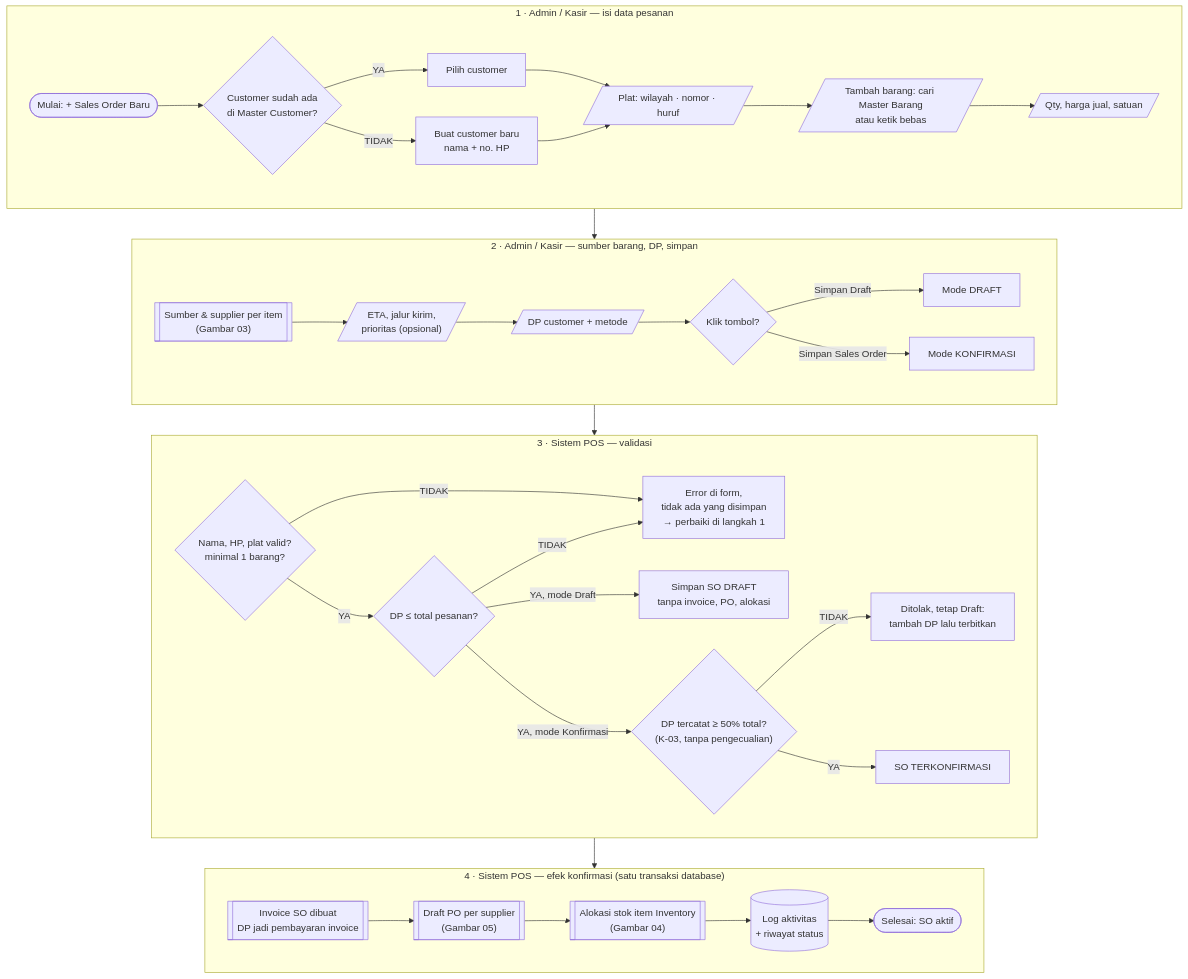
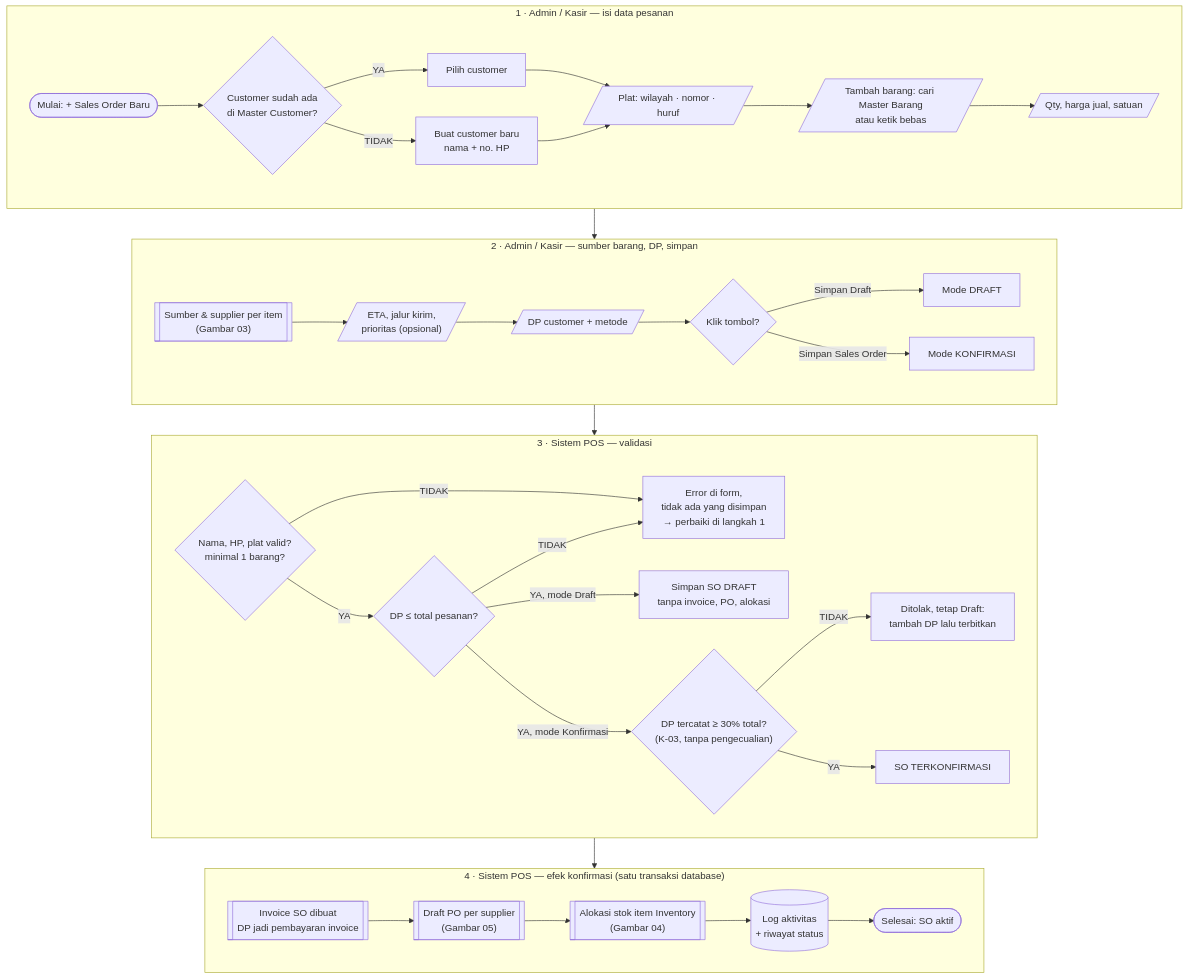
Before and after one commit to XHYPEX/Projects: the diagram in WebScrapePlastik/docs/flowchart/diagrams/02-pembuatan-sales-order.mmd, drawn with Mermaid. The commit also changed 34 other files, not shown here.

```diff
--- a/WebScrapePlastik/docs/flowchart/diagrams/02-pembuatan-sales-order.mmd
+++ b/WebScrapePlastik/docs/flowchart/diagrams/02-pembuatan-sales-order.mmd
@@ -1,42 +1,42 @@
 %% Gambar: 02
 %% Judul: Pembuatan Sales Order Customer
 %% Modul: Sales Order (menu lama: Preorder)
 %% Tujuan: Mencatat pesanan inden / booking customer dengan DP, sebelum barang diserahkan.
 %% Dimulai dari: Admin membuka menu Sales Order lalu klik + Sales Order Baru.
 %% Proses Utama: Pilih customer → plat → barang, qty, harga → sumber & supplier per item → DP → Simpan Draft atau Konfirmasi.
 %% Hasil: SO Draft (belum mengikat apa pun) atau SO Terkonfirmasi (invoice SO dibuat, draft PO dibuat, alokasi stok diminta).
-%% Warning: Nominal DP yang diketik belum dianggap uang masuk sampai pembayaran tercatat. SO baru boleh diterbitkan bila DP ≥ 50% total (dibulatkan ke atas); draft boleh tanpa DP. Tombol Simpan dikunci saat proses berjalan.
+%% Warning: Nominal DP yang diketik belum dianggap uang masuk sampai pembayaran tercatat. SO baru boleh diterbitkan bila DP ≥ 30% total (dibulatkan ke atas); draft boleh tanpa DP. Tombol Simpan dikunci saat proses berjalan.
 %% Modul Terkait: Master Customer, Master Barang, Purchase Order, Kasir/Invoice, Stok.
 %% Catatan Programmer: Konfirmasi SO harus satu transaksi database: invoice SO, draft PO, dan alokasi dibuat bersama atau tidak sama sekali.
-%% Status Implementasi: Sudah ada: draft/terbit, plat 3 kotak, DP awal, invoice SO otomatis, draft PO otomatis, supplier di header SO. Belum ada: sumber pemenuhan per item, supplier per item, (K-03 sudah: terbit hanya jika DP ≥ 50% total, tanpa pengecualian; alokasi stok K-02 sudah).
+%% Status Implementasi: Sudah ada: draft/terbit, plat 3 kotak, DP awal, invoice SO otomatis, draft PO otomatis, sumber per barang (Pesan Supplier / Stok Tersedia / Manual-Jasa) dan supplier tujuan per barang (K-04/K-05), preview & review draft PO sebelum terbit, K-03 (terbit hanya jika DP ≥ 30% total, tanpa pengecualian), alokasi stok K-02.
 flowchart TB
   subgraph T1["1 · Admin / Kasir — isi data pesanan"]
     direction LR
     S(["Mulai: + Sales Order Baru"]):::aksi --> C1{"Customer sudah ada<br/>di Master Customer?"}:::cek
     C1 -->|YA| C2["Pilih customer"]:::aksi
     C1 -->|TIDAK| C3["Buat customer baru<br/>nama + no. HP"]:::aksi
     C2 --> P1[/"Plat: wilayah · nomor · huruf"/]:::aksi
     C3 --> P1
     P1 --> I1[/"Tambah barang: cari Master Barang<br/>atau ketik bebas"/]:::aksi --> I2[/"Qty, harga jual, satuan"/]:::aksi
   end
   subgraph T2["2 · Admin / Kasir — sumber barang, DP, simpan"]
     direction LR
     I3[["Sumber & supplier per item<br/>(Gambar 03)"]]:::sub --> E1[/"ETA, jalur kirim,<br/>prioritas (opsional)"/]:::aksi --> D1[/"DP customer + metode"/]:::aksi --> CH{"Klik tombol?"}:::cek
     CH -->|"Simpan Draft"| K1["Mode DRAFT"]:::tunggu
     CH -->|"Simpan Sales Order"| K2["Mode KONFIRMASI"]:::aksi
   end
   subgraph T3["3 · Sistem POS — validasi"]
     direction LR
     V1{"Nama, HP, plat valid?<br/>minimal 1 barang?"}:::cek -->|YA| V2{"DP ≤ total pesanan?"}:::cek
     V1 -->|TIDAK| ER["Error di form,<br/>tidak ada yang disimpan<br/>→ perbaiki di langkah 1"]:::err
     V2 -->|TIDAK| ER
     V2 -->|"YA, mode Draft"| DR["Simpan SO DRAFT<br/>tanpa invoice, PO, alokasi"]:::tunggu
-    V2 -->|"YA, mode Konfirmasi"| V3{"DP tercatat ≥ 50% total?<br/>(K-03, tanpa pengecualian)"}:::cek
+    V2 -->|"YA, mode Konfirmasi"| V3{"DP tercatat ≥ 30% total?<br/>(K-03, tanpa pengecualian)"}:::cek
     V3 -->|TIDAK| WD["Ditolak, tetap Draft:<br/>tambah DP lalu terbitkan"]:::err
     V3 -->|YA| OK["SO TERKONFIRMASI"]:::ok
   end
   subgraph T4["4 · Sistem POS — efek konfirmasi (satu transaksi database)"]
     direction LR
     X1[["Invoice SO dibuat<br/>DP jadi pembayaran invoice"]]:::sub --> X2[["Draft PO per supplier<br/>(Gambar 05)"]]:::sub --> X3[["Alokasi stok item Inventory<br/>(Gambar 04)"]]:::sub --> LG[("Log aktivitas<br/>+ riwayat status")]:::data --> F(["Selesai: SO aktif"]):::ok
   end
   T1 --> T2 --> T3 --> T4
```
